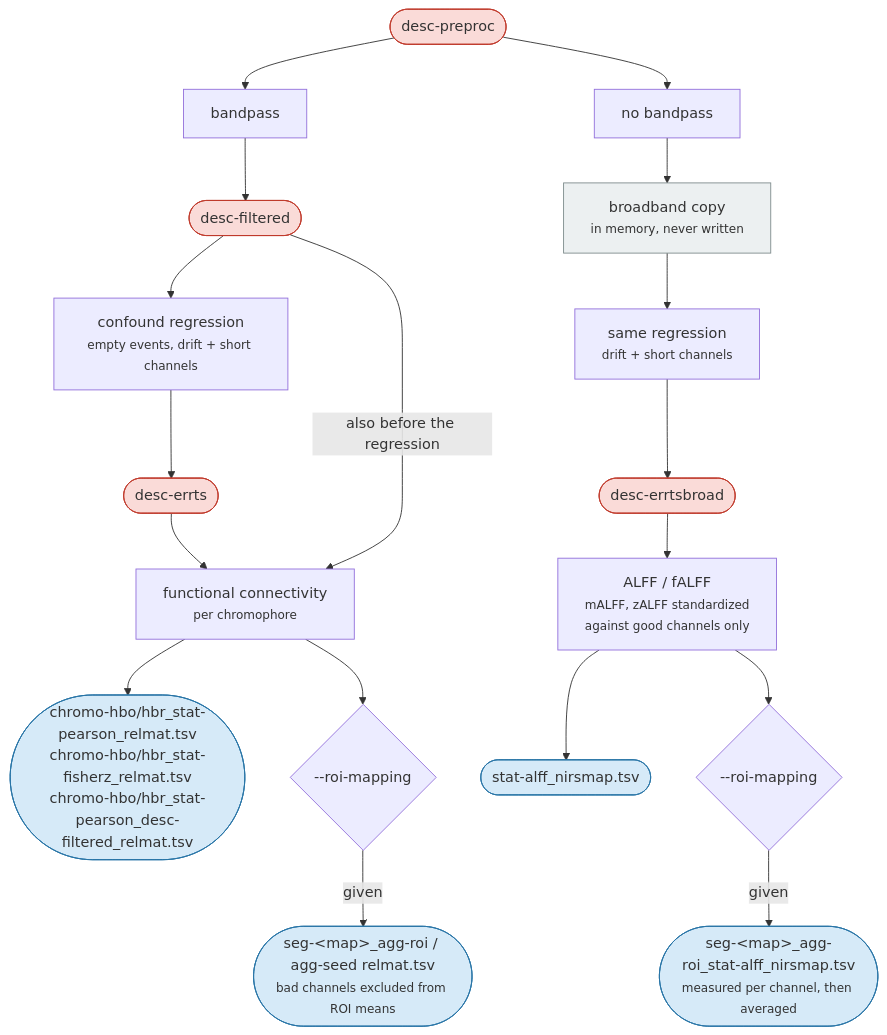
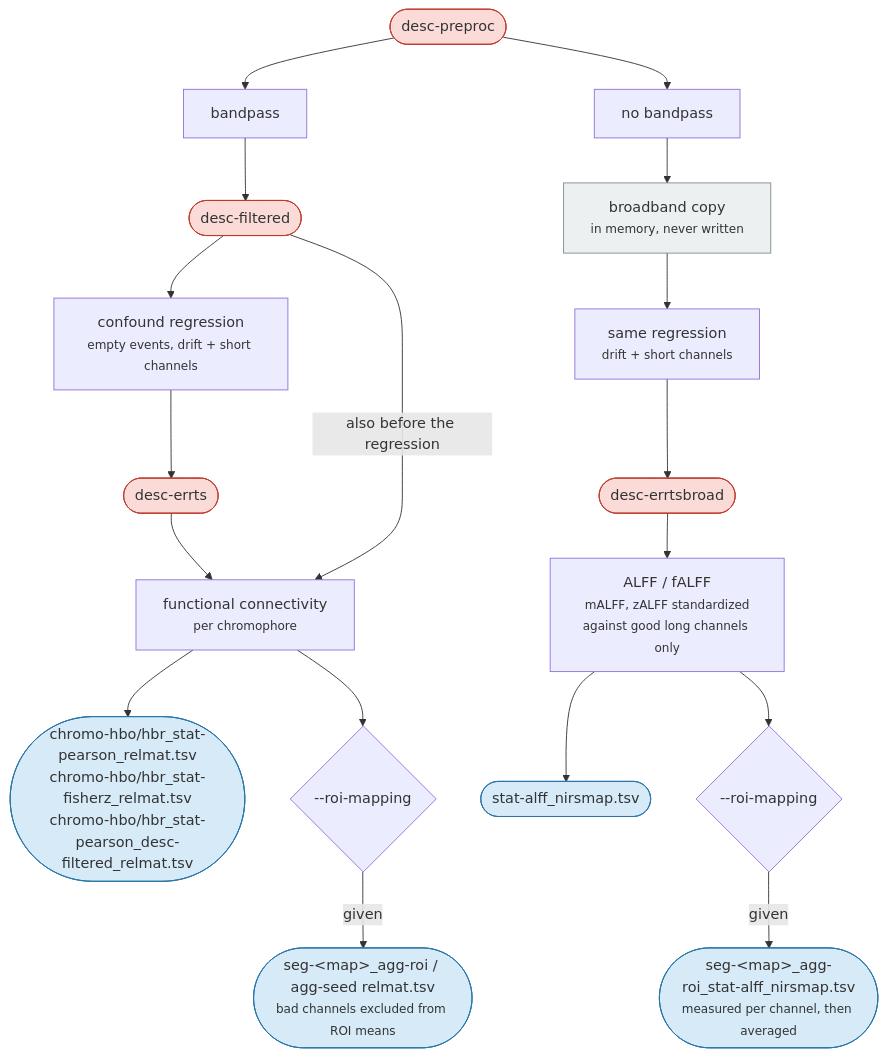
One commit to AU-CONNECT-Lab/NIRSPipe changed the third of 3 diagrams in docs/workflows.md. Above: the diagram before and after it, drawn with Mermaid. The commit also changed other lines of this file and 1 other file, not shown here.

Commit message:
docs: the workflow and QC pages say that mALFF and zALFF are scaled on the good long channels and that FC and its regions keep long channels only

````diff
--- a/docs/workflows.md
+++ b/docs/workflows.md
@@ -249,33 +249,33 @@
 ```mermaid
 flowchart TD
     PRE(["desc-preproc"])
     PRE --> A["bandpass"]
     PRE --> B["no bandpass"]
 
     A --> AF(["desc-filtered"])
     B --> BR["broadband copy<br/><small>in memory, never written</small>"]
 
     AF --> REG1["confound regression<br/><small>empty events, drift + short channels</small>"]
     BR --> REG2["same regression<br/><small>drift + short channels</small>"]
 
     REG1 --> E1(["desc-errts"])
     REG2 --> E2(["desc-errtsbroad"])
 
     E1 --> FC["functional connectivity<br/><small>per chromophore</small>"]
     AF -->|"also before the regression"| FC
     FC --> FCF(["chromo-hbo/hbr_stat-pearson_relmat.tsv<br/>chromo-hbo/hbr_stat-fisherz_relmat.tsv<br/>chromo-hbo/hbr_stat-pearson_desc-filtered_relmat.tsv"])
     FC --> ROI{"--roi-mapping"}
     ROI -->|given| ROIF(["seg-&lt;map&gt;_agg-roi / agg-seed relmat.tsv<br/><small>bad channels excluded from ROI means</small>"])
 
-    E2 --> ALFF["ALFF / fALFF<br/><small>mALFF, zALFF standardized<br/>against good channels only</small>"]
+    E2 --> ALFF["ALFF / fALFF<br/><small>mALFF, zALFF standardized<br/>against good long channels only</small>"]
     ALFF --> ALFFF(["stat-alff_nirsmap.tsv"])
     ALFF --> AROI{"--roi-mapping"}
     AROI -->|given| AROIF(["seg-&lt;map&gt;_agg-roi_stat-alff_nirsmap.tsv<br/><small>measured per channel, then averaged</small>"])
 
     classDef haemo fill:#fadbd8,stroke:#c0392b
     classDef derivative fill:#d6eaf8,stroke:#2874a6
     classDef input fill:#ecf0f1,stroke:#7f8c8d
     class PRE,AF,E1,E2 haemo
     class FCF,ROIF,ALFFF,AROIF derivative
     class BR input
 ```
````
